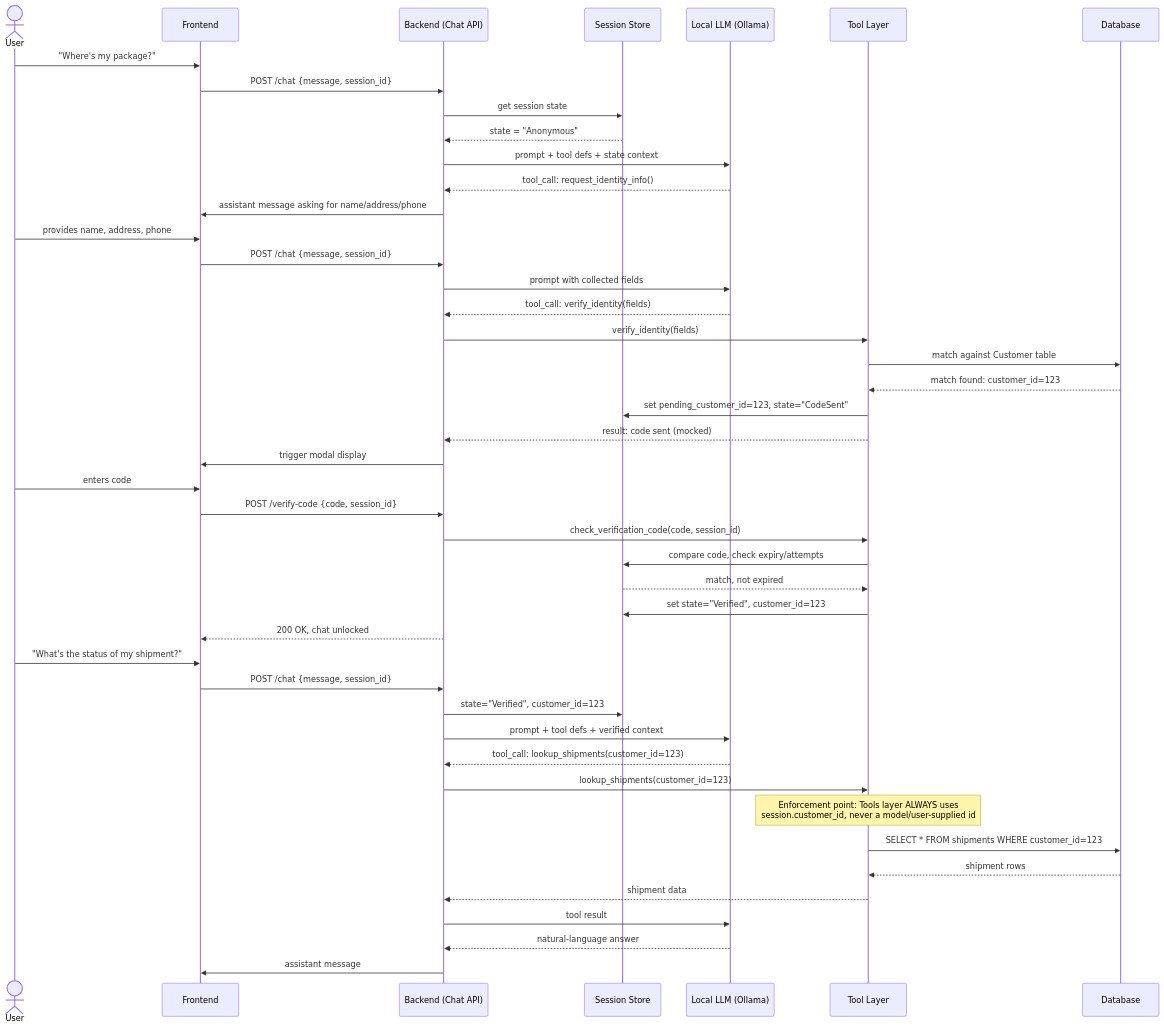
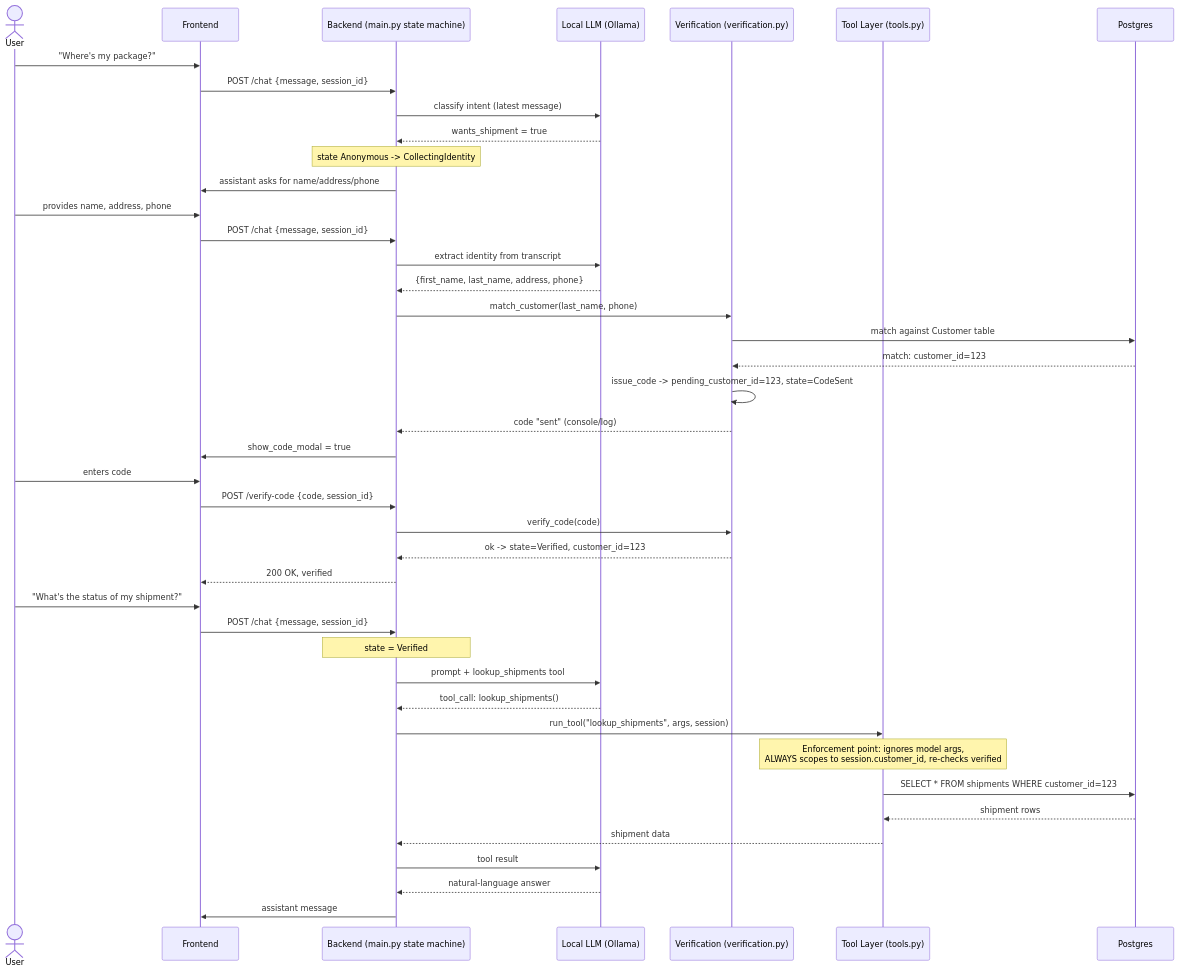
Before and after one commit to draganaisak/secureship: the fourth of 6 diagrams in docs/diagrams/architecture.md, drawn with Mermaid. The commit also changed other lines of this file and 35 other files, not shown here.

````diff
--- a/docs/diagrams/architecture.md
+++ b/docs/diagrams/architecture.md
@@ -121,51 +132,48 @@
 ```mermaid
 sequenceDiagram
     actor User
     participant FE as Frontend
-    participant BE as Backend (Chat API)
-    participant Session as Session Store
+    participant BE as Backend (main.py state machine)
     participant LLM as Local LLM (Ollama)
-    participant Tools as Tool Layer
-    participant DB as Database
+    participant Verify as Verification (verification.py)
+    participant Tools as Tool Layer (tools.py)
+    participant DB as Postgres
 
     User->>FE: "Where's my package?"
     FE->>BE: POST /chat {message, session_id}
-    BE->>Session: get session state
-    Session-->>BE: state = "Anonymous"
-    BE->>LLM: prompt + tool defs + state context
-    LLM-->>BE: tool_call: request_identity_info()
-    BE->>FE: assistant message asking for name/address/phone
+    BE->>LLM: classify intent (latest message)
+    LLM-->>BE: wants_shipment = true
+    Note over BE: state Anonymous -> CollectingIdentity
+    BE->>FE: assistant asks for name/address/phone
 
     User->>FE: provides name, address, phone
     FE->>BE: POST /chat {message, session_id}
-    BE->>LLM: prompt with collected fields
-    LLM-->>BE: tool_call: verify_identity(fields)
-    BE->>Tools: verify_identity(fields)
-    Tools->>DB: match against Customer table
-    DB-->>Tools: match found: customer_id=123
-    Tools->>Session: set pending_customer_id=123, state="CodeSent"
-    Tools-->>BE: result: code sent (mocked)
-    BE->>FE: trigger modal display
+    BE->>LLM: extract identity from transcript
+    LLM-->>BE: {first_name, last_name, address, phone}
+    BE->>Verify: match_customer(last_name, phone)
+    Verify->>DB: match against Customer table
+    DB-->>Verify: match: customer_id=123
+    Verify->>Verify: issue_code -> pending_customer_id=123, state=CodeSent
+    Verify-->>BE: code "sent" (console/log)
+    BE->>FE: show_code_modal = true
 
     User->>FE: enters code
     FE->>BE: POST /verify-code {code, session_id}
-    BE->>Tools: check_verification_code(code, session_id)
-    Tools->>Session: compare code, check expiry/attempts
-    Session-->>Tools: match, not expired
-    Tools->>Session: set state="Verified", customer_id=123
-    BE-->>FE: 200 OK, chat unlocked
+    BE->>Verify: verify_code(code)
+    Verify-->>BE: ok -> state=Verified, customer_id=123
+    BE-->>FE: 200 OK, verified
 
     User->>FE: "What's the status of my shipment?"
     FE->>BE: POST /chat {message, session_id}
-    BE->>Session: state="Verified", customer_id=123
-    BE->>LLM: prompt + tool defs + verified context
-    LLM-->>BE: tool_call: lookup_shipments(customer_id=123)
-    BE->>Tools: lookup_shipments(customer_id=123)
-    Note over Tools: Enforcement point: Tools layer ALWAYS uses<br/>session.customer_id, never a model/user-supplied id
+    Note over BE: state = Verified
+    BE->>LLM: prompt + lookup_shipments tool
+    LLM-->>BE: tool_call: lookup_shipments()
+    BE->>Tools: run_tool("lookup_shipments", args, session)
+    Note over Tools: Enforcement point: ignores model args,<br/>ALWAYS scopes to session.customer_id, re-checks verified
     Tools->>DB: SELECT * FROM shipments WHERE customer_id=123
     DB-->>Tools: shipment rows
     Tools-->>BE: shipment data
     BE->>LLM: tool result
     LLM-->>BE: natural-language answer
     BE->>FE: assistant message
 ```
````
